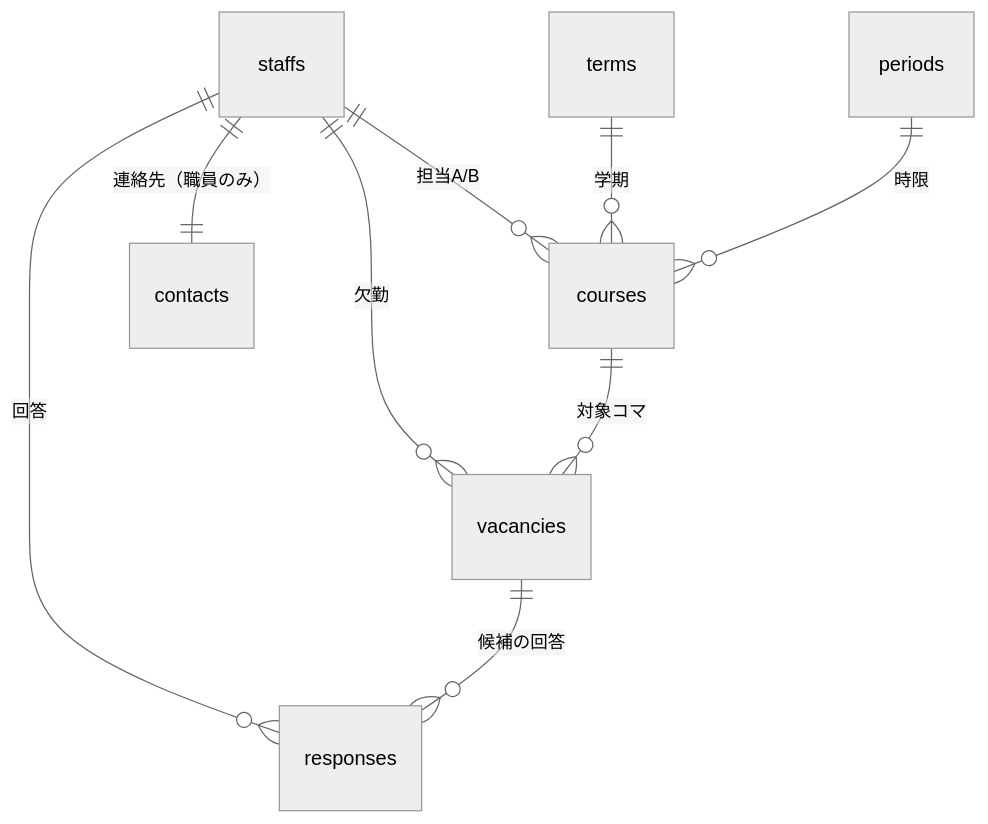
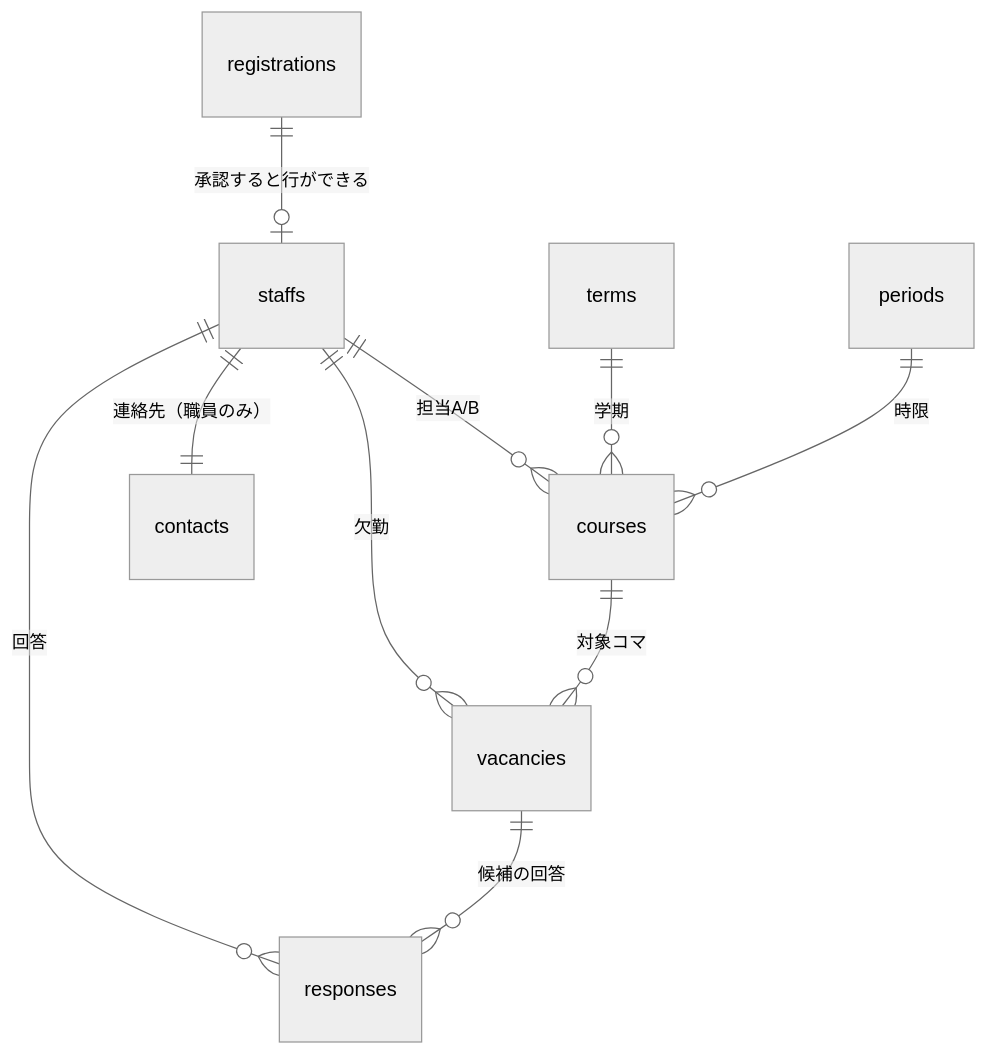
Before and after one commit to Nakano-official/takeover: the third of 3 diagrams in README.md, drawn with Mermaid (neutral theme). The commit also changed other lines of this file, not shown here.

````diff
--- a/README.md
+++ b/README.md
@@ -328,11 +335,12 @@
 ```mermaid
 erDiagram
   staffs ||--o{ courses : "担当A/B"
   staffs ||--o{ vacancies : "欠勤"
   staffs ||--o{ responses : "回答"
   staffs ||--|| contacts : "連絡先（職員のみ）"
+  registrations ||--o| staffs : "承認すると行ができる"
   courses ||--o{ vacancies : "対象コマ"
   vacancies ||--o{ responses : "候補の回答"
   terms ||--o{ courses : "学期"
   periods ||--o{ courses : "時限"
 ```
````
